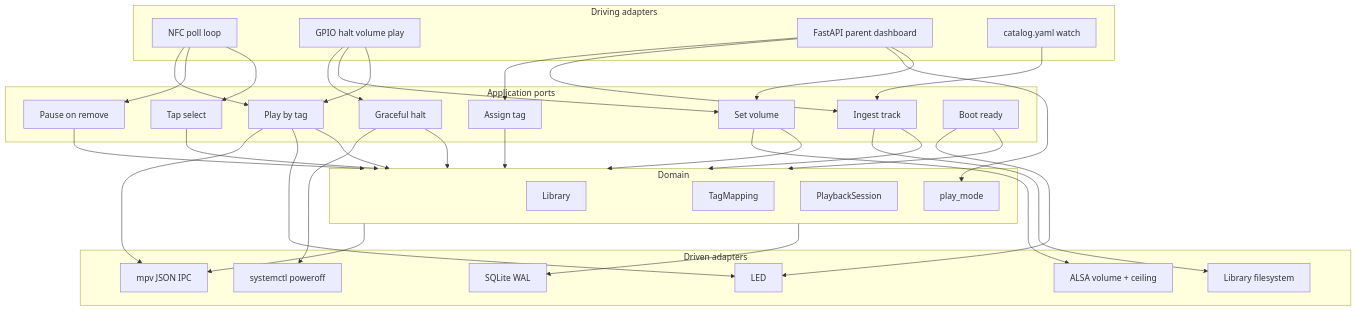
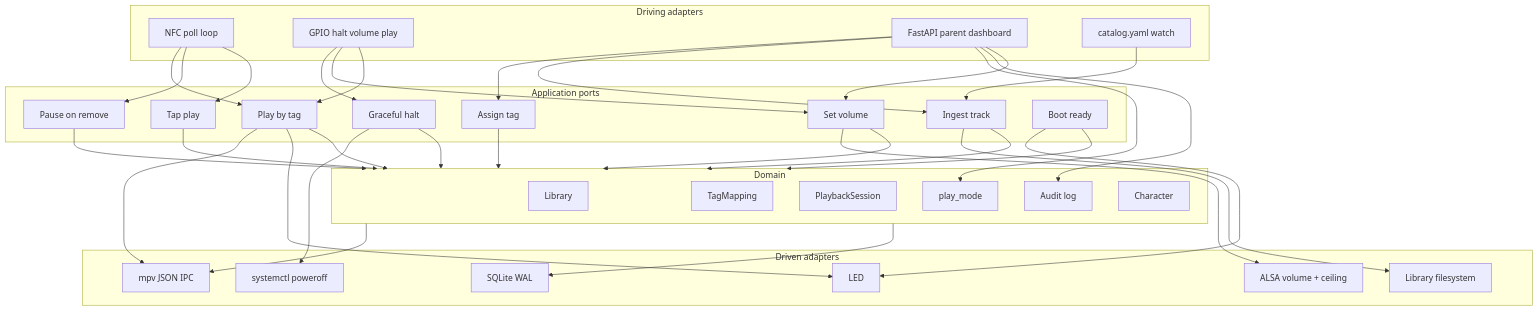
Before and after one commit to mzworthington/RoMini: the third of 4 diagrams in docs/architecture.md, drawn with Mermaid. The commit also changed other lines of this file and 46 other files, not shown here.

````diff
--- a/docs/architecture.md
+++ b/docs/architecture.md
@@ -42,60 +42,63 @@
 ```mermaid
 flowchart TB
   subgraph driving ["Driving adapters"]
     nfcLoop["NFC poll loop"]
     gpioIn["GPIO halt volume play"]
     http["FastAPI parent dashboard"]
     yamlWatch["catalog.yaml watch"]
   end
   subgraph app ["Application ports"]
     play["Play by tag"]
     pause["Pause on remove"]
-    tap["Tap select"]
+    tap["Tap play"]
     mapTag["Assign tag"]
     ingest["Ingest track"]
     volume["Set volume"]
     halt["Graceful halt"]
     boot["Boot ready"]
   end
   subgraph domain ["Domain"]
     library["Library"]
     mapping["TagMapping"]
     session["PlaybackSession"]
     settings["play_mode"]
+    audit["Audit log"]
+    character["Character"]
   end
   subgraph driven ["Driven adapters"]
     mpv["mpv JSON IPC"]
     sqlite["SQLite WAL"]
     fs["Library filesystem"]
     led["LED"]
     alsa["ALSA volume + ceiling"]
     systemdHalt["systemctl poweroff"]
   end
   nfcLoop --> play
   nfcLoop --> pause
   nfcLoop --> tap
   gpioIn --> halt
   gpioIn --> volume
   gpioIn --> play
   http --> mapTag
   http --> ingest
   yamlWatch --> ingest
   http --> settings
+  http --> audit
   http --> volume
   play --> domain
   pause --> domain
   tap --> domain
   mapTag --> domain
   ingest --> domain
   volume --> domain
   halt --> domain
   boot --> domain
   domain --> mpv
   domain --> sqlite
   ingest --> fs
   play --> mpv
   volume --> alsa
   halt --> systemdHalt
   play --> led
   boot --> led
 ```
````
